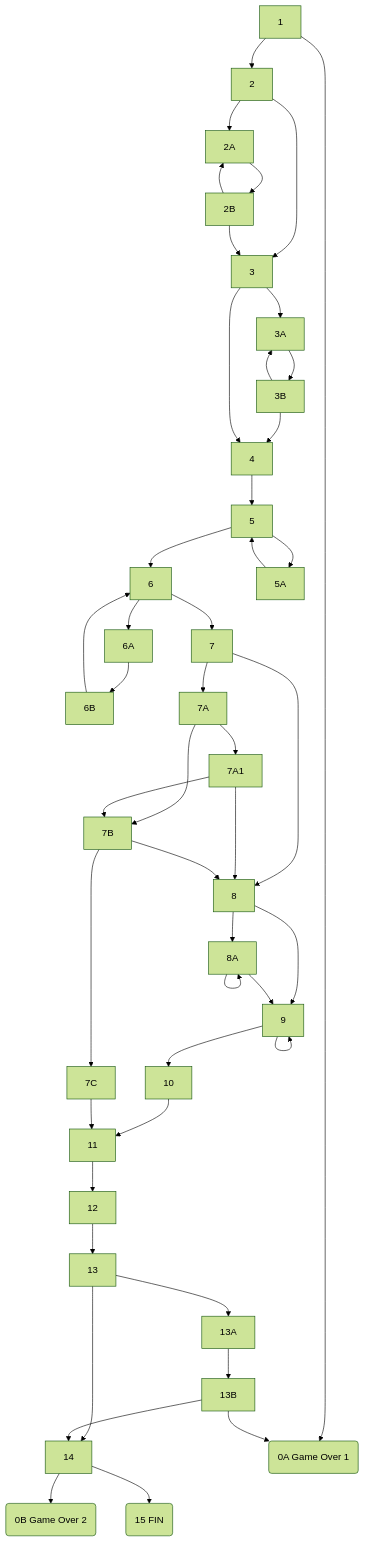
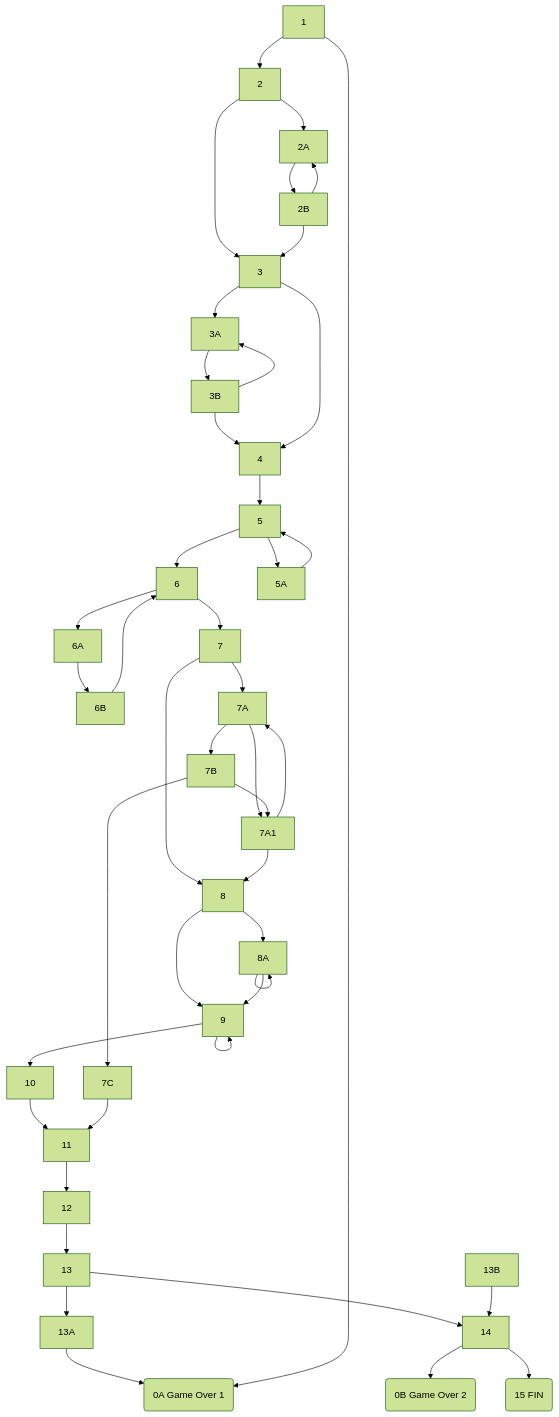
Before and after one commit to tecnibus5/EscapeRoomBUS: the third of 3 diagrams in README.md, drawn with Mermaid (forest theme). The commit also changed other lines of this file, not shown here.

````diff
--- a/README.md
+++ b/README.md
@@ -400,48 +403,47 @@
 ```mermaid
 graph TD
-    1 --> 0A:(0A Game Over 1)
     1 --> 2
     2 --> 2A
     2 --> 3
     2A --> 2B
     2B --> 2A
     2B --> 3
     3 --> 3A
     3A --> 3B
     3B --> 3A
     3B --> 4
     3 --> 4
     4 --> 5
     5 --> 5A
     5A --> 5
     5 --> 6
     6 --> 6A
     6A --> 6B
     6B --> 6
     6 --> 7
     7 --> 7A
     7 --> 8
+    7A --> 7A1
+    7A1 --> 7A
     7A --> 7B
-    7A --> 7A1
-    7A1 --> 7B
     7A1 --> 8
-    7B --> 8
+    7B --> 7A1
     7B --> 7C
     8 --> 8A
     8A --> 8A
     8 --> 9
     8A --> 9
     9 --> 9
     9 --> 10
     10 --> 11
     7C --> 11
     11 --> 12
     12 --> 13
     13 --> 13A
-    13A --> 13B
-    13B --> 0A:(0A Game Over 1)
+    13A --> 0A:(0A Game Over 1)
+    1 --> 0A:(0A Game Over 1)
     13 --> 14
     13B --> 14
     14 --> 0B:(0B Game Over 2)
     14 --> 15(15 FIN)
 ```
````
